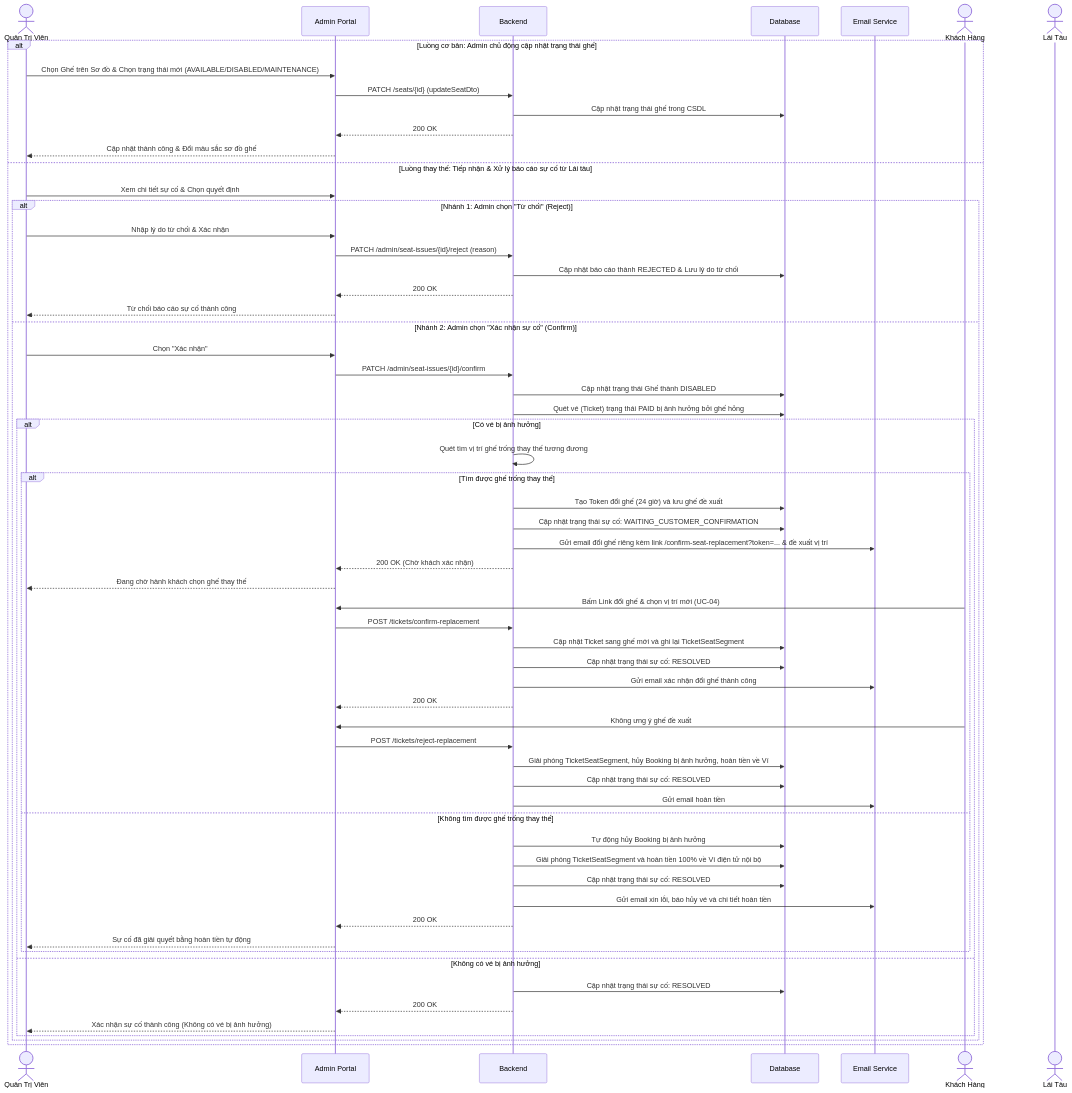
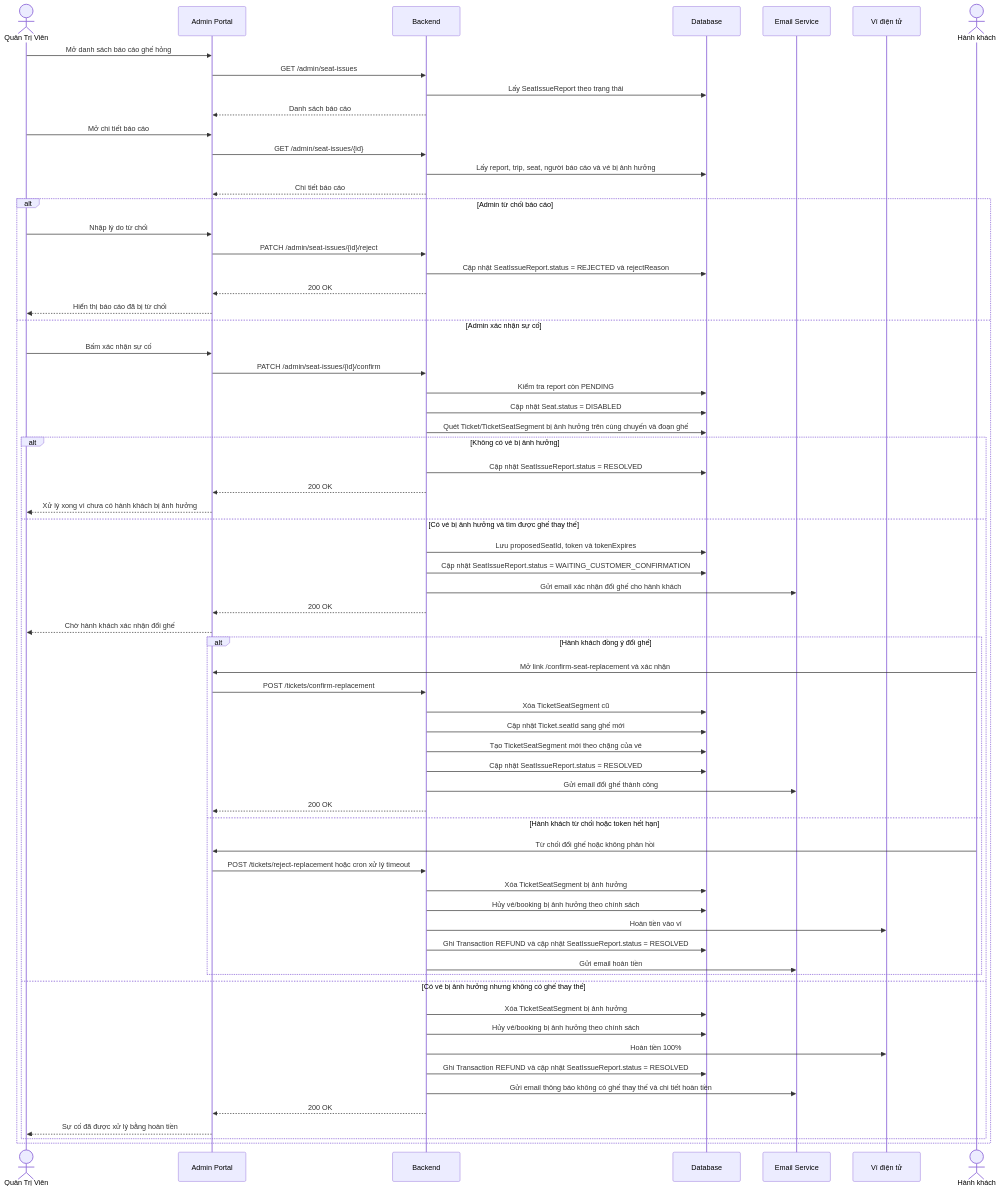
One commit to letungduong24/train-booking changed diagram 14 of 22 in diagrams/sequences/sequence-diagrams.md. Above: the diagram before and after it, drawn with Mermaid. The commit also changed other lines of this file and 29 other files, not shown here.

````diff
--- a/diagrams/sequences/sequence-diagrams.md
+++ b/diagrams/sequences/sequence-diagrams.md
@@ -284,73 +299,72 @@
 ```mermaid
 sequenceDiagram
     actor Admin as Quản Trị Viên
     participant FE as Admin Portal
     participant API as Backend
     participant DB as Database
     participant Email as Email Service
-    actor Customer as Khách Hàng
-    actor Driver as Lái Tàu
+    participant Wallet as Ví điện tử
+    actor Customer as Hành khách
 
-    alt Luồng cơ bản: Admin chủ động cập nhật trạng thái ghế
-        Admin->>FE: Chọn Ghế trên Sơ đồ & Chọn trạng thái mới (AVAILABLE/DISABLED/MAINTENANCE)
-        FE->>API: PATCH /seats/{id} (updateSeatDto)
-        API->>DB: Cập nhật trạng thái ghế trong CSDL
+    Admin->>FE: Mở danh sách báo cáo ghế hỏng
+    FE->>API: GET /admin/seat-issues
+    API->>DB: Lấy SeatIssueReport theo trạng thái
+    API-->>FE: Danh sách báo cáo
+    Admin->>FE: Mở chi tiết báo cáo
+    FE->>API: GET /admin/seat-issues/{id}
+    API->>DB: Lấy report, trip, seat, người báo cáo và vé bị ảnh hưởng
+    API-->>FE: Chi tiết báo cáo
+
+    alt Admin từ chối báo cáo
+        Admin->>FE: Nhập lý do từ chối
+        FE->>API: PATCH /admin/seat-issues/{id}/reject
+        API->>DB: Cập nhật SeatIssueReport.status = REJECTED và rejectReason
         API-->>FE: 200 OK
-        FE-->>Admin: Cập nhật thành công & Đổi màu sắc sơ đồ ghế
-        
-    else Luồng thay thế: Tiếp nhận & Xử lý báo cáo sự cố từ Lái tàu
-        Admin->>FE: Xem chi tiết sự cố & Chọn quyết định
-        
-        alt Nhánh 1: Admin chọn "Từ chối" (Reject)
-            Admin->>FE: Nhập lý do từ chối & Xác nhận
-            FE->>API: PATCH /admin/seat-issues/{id}/reject (reason)
-            API->>DB: Cập nhật báo cáo thành REJECTED & Lưu lý do từ chối
+        FE-->>Admin: Hiển thị báo cáo đã bị từ chối
+    else Admin xác nhận sự cố
+        Admin->>FE: Bấm xác nhận sự cố
+        FE->>API: PATCH /admin/seat-issues/{id}/confirm
+        API->>DB: Kiểm tra report còn PENDING
+        API->>DB: Cập nhật Seat.status = DISABLED
+        API->>DB: Quét Ticket/TicketSeatSegment bị ảnh hưởng trên cùng chuyến và đoạn ghế
+
+        alt Không có vé bị ảnh hưởng
+            API->>DB: Cập nhật SeatIssueReport.status = RESOLVED
             API-->>FE: 200 OK
-            FE-->>Admin: Từ chối báo cáo sự cố thành công
-            
-        else Nhánh 2: Admin chọn "Xác nhận sự cố" (Confirm)
-            Admin->>FE: Chọn "Xác nhận"
-            FE->>API: PATCH /admin/seat-issues/{id}/confirm
-            API->>DB: Cập nhật trạng thái Ghế thành DISABLED
-            API->>DB: Quét vé (Ticket) trạng thái PAID bị ảnh hưởng bởi ghế hỏng
-            
-            alt Có vé bị ảnh hưởng
-                API->>API: Quét tìm vị trí ghế trống thay thế tương đương
-                
-                alt Tìm được ghế trống thay thế
-                    API->>DB: Tạo Token đổi ghế (24 giờ) và lưu ghế đề xuất
-                    API->>DB: Cập nhật trạng thái sự cố: WAITING_CUSTOMER_CONFIRMATION
-                    API->>Email: Gửi email đổi ghế riêng kèm link /confirm-seat-replacement?token=... & đề xuất vị trí
-                    API-->>FE: 200 OK (Chờ khách xác nhận)
-                    FE-->>Admin: Đang chờ hành khách chọn ghế thay thế
-                    
-                    Customer->>FE: Bấm Link đổi ghế & chọn vị trí mới (UC-04)
-                    FE->>API: POST /tickets/confirm-replacement
-                    API->>DB: Cập nhật Ticket sang ghế mới và ghi lại TicketSeatSegment
-                    API->>DB: Cập nhật trạng thái sự cố: RESOLVED
-                    API->>Email: Gửi email xác nhận đổi ghế thành công
-                    API-->>FE: 200 OK
+            FE-->>Admin: Xử lý xong vì chưa có hành khách bị ảnh hưởng
+        else Có vé bị ảnh hưởng và tìm được ghế thay thế
+            API->>DB: Lưu proposedSeatId, token và tokenExpires
+            API->>DB: Cập nhật SeatIssueReport.status = WAITING_CUSTOMER_CONFIRMATION
+            API->>Email: Gửi email xác nhận đổi ghế cho hành khách
+            API-->>FE: 200 OK
+            FE-->>Admin: Chờ hành khách xác nhận đổi ghế
 
-                    Customer->>FE: Không ưng ý ghế đề xuất
-                    FE->>API: POST /tickets/reject-replacement
-                    API->>DB: Giải phóng TicketSeatSegment, hủy Booking bị ảnh hưởng, hoàn tiền về Ví
-                    API->>DB: Cập nhật trạng thái sự cố: RESOLVED
-                    API->>Email: Gửi email hoàn tiền
-                    
-                else Không tìm được ghế trống thay thế
-                    API->>DB: Tự động hủy Booking bị ảnh hưởng
-                    API->>DB: Giải phóng TicketSeatSegment và hoàn tiền 100% về Ví điện tử nội bộ
-                    API->>DB: Cập nhật trạng thái sự cố: RESOLVED
-                    API->>Email: Gửi email xin lỗi, báo hủy vé và chi tiết hoàn tiền
-                    API-->>FE: 200 OK
-                    FE-->>Admin: Sự cố đã giải quyết bằng hoàn tiền tự động
-                end
-                
-            else Không có vé bị ảnh hưởng
-                API->>DB: Cập nhật trạng thái sự cố: RESOLVED
+            alt Hành khách đồng ý đổi ghế
+                Customer->>FE: Mở link /confirm-seat-replacement và xác nhận
+                FE->>API: POST /tickets/confirm-replacement
+                API->>DB: Xóa TicketSeatSegment cũ
+                API->>DB: Cập nhật Ticket.seatId sang ghế mới
+                API->>DB: Tạo TicketSeatSegment mới theo chặng của vé
+                API->>DB: Cập nhật SeatIssueReport.status = RESOLVED
+                API->>Email: Gửi email đổi ghế thành công
                 API-->>FE: 200 OK
-                FE-->>Admin: Xác nhận sự cố thành công (Không có vé bị ảnh hưởng)
+            else Hành khách từ chối hoặc token hết hạn
+                Customer->>FE: Từ chối đổi ghế hoặc không phản hồi
+                FE->>API: POST /tickets/reject-replacement hoặc cron xử lý timeout
+                API->>DB: Xóa TicketSeatSegment bị ảnh hưởng
+                API->>DB: Hủy vé/booking bị ảnh hưởng theo chính sách
+                API->>Wallet: Hoàn tiền vào ví
+                API->>DB: Ghi Transaction REFUND và cập nhật SeatIssueReport.status = RESOLVED
+                API->>Email: Gửi email hoàn tiền
             end
+        else Có vé bị ảnh hưởng nhưng không có ghế thay thế
+            API->>DB: Xóa TicketSeatSegment bị ảnh hưởng
+            API->>DB: Hủy vé/booking bị ảnh hưởng theo chính sách
+            API->>Wallet: Hoàn tiền 100%
+            API->>DB: Ghi Transaction REFUND và cập nhật SeatIssueReport.status = RESOLVED
+            API->>Email: Gửi email thông báo không có ghế thay thế và chi tiết hoàn tiền
+            API-->>FE: 200 OK
+            FE-->>Admin: Sự cố đã được xử lý bằng hoàn tiền
         end
     end
 ```
````
